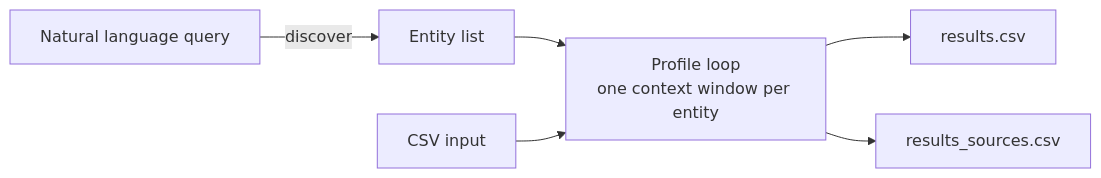
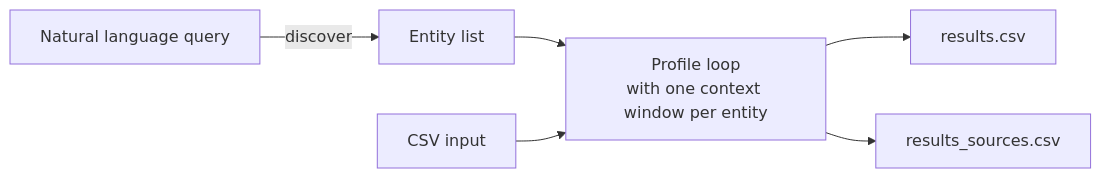
Before and after one commit to dhegde11/healthtech-intel: the diagram in README.md, drawn with Mermaid. The commit also changed other lines of this file and 1 other file, not shown here.

Commit message:
Add demo GIF to README

````diff
--- a/README.md
+++ b/README.md
@@ -66,8 +68,8 @@
 ```mermaid
 flowchart LR
     A["Natural language query"] -->|discover| B["Entity list"]
-    B --> C["Profile loop<br/>one context window per entity"]
+    B --> C["Profile loop<br/>with one context window per entity"]
     D["CSV input"] --> C
     C --> E["results.csv"]
     C --> F["results_sources.csv"]
 ```
````
